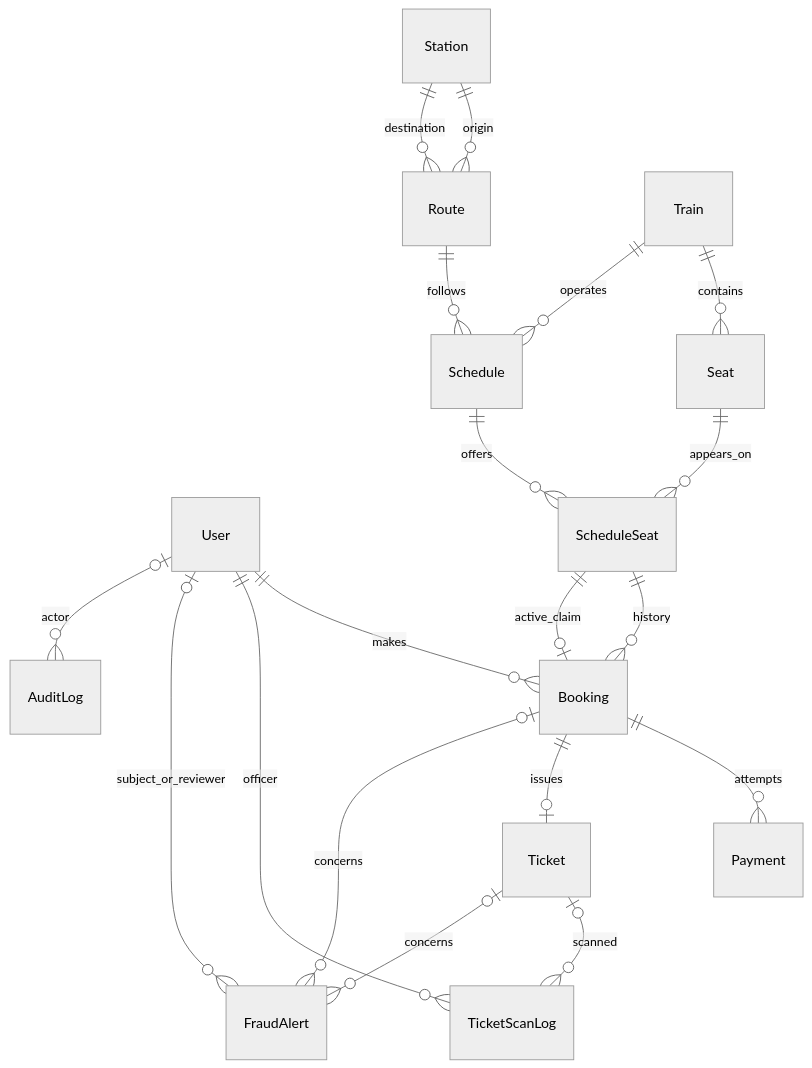
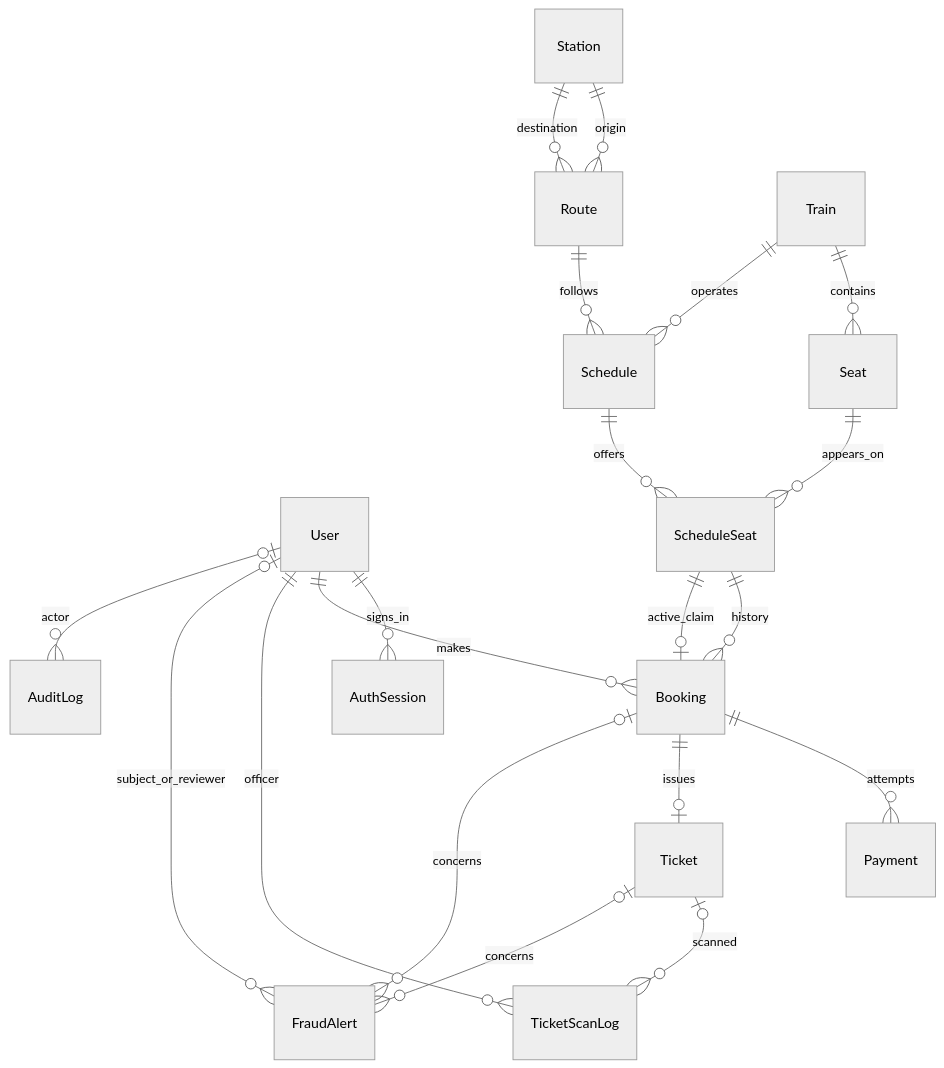
One commit to Almustaphapro/Train-Booking-System changed the diagram in server/prisma/README.md. Above: the diagram before and after it, drawn with Mermaid (neutral theme). The commit also changed other lines of this file and 6 other files, not shown here.

````diff
--- a/server/prisma/README.md
+++ b/server/prisma/README.md
@@ -90,21 +91,22 @@
 ```mermaid
 erDiagram
+  User ||--o{ AuthSession : signs_in
   User ||--o{ Booking : makes
   Station ||--o{ Route : origin
   Station ||--o{ Route : destination
   Train ||--o{ Seat : contains
   Train ||--o{ Schedule : operates
   Route ||--o{ Schedule : follows
   Schedule ||--o{ ScheduleSeat : offers
   Seat ||--o{ ScheduleSeat : appears_on
   ScheduleSeat ||--o{ Booking : history
   ScheduleSeat ||--o| Booking : active_claim
   Booking ||--o{ Payment : attempts
   Booking ||--o| Ticket : issues
   Ticket |o--o{ TicketScanLog : scanned
   User ||--o{ TicketScanLog : officer
   User |o--o{ FraudAlert : subject_or_reviewer
   Booking |o--o{ FraudAlert : concerns
   Ticket |o--o{ FraudAlert : concerns
   User |o--o{ AuditLog : actor
 ```
````
